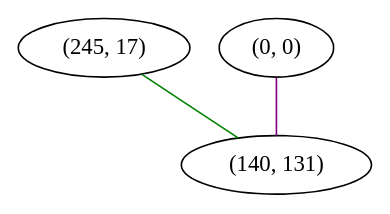
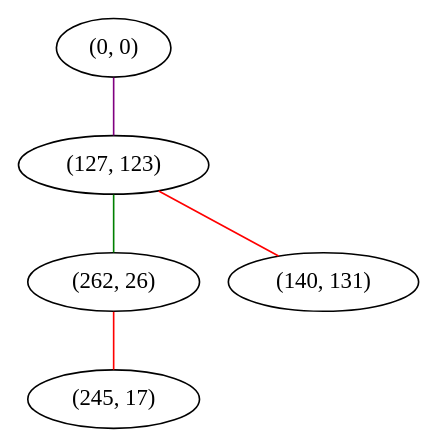
The diagram in graphviz/dejavu-sans/s.gv (FelixMcFelix/sip-for-cv-paper), drawn with Graphviz before and after one commit. The commit also changed 121 other files, not shown here.

First line of the commit message:
[MakeGraph] Better Graph Generation

```diff
--- a/graphviz/dejavu-sans/s.gv
+++ b/graphviz/dejavu-sans/s.gv
@@ -1,7 +1,11 @@
 graph "" {
+"(0, 0)";
+"(127, 123)";
+"(262, 26)";
+"(140, 131)";
 "(245, 17)";
-"(0, 0)";
-"(140, 131)";
-"(245, 17)" -- "(140, 131)"  [color=green, key=0, weight=2];
-"(0, 0)" -- "(140, 131)"  [color=purple, key=0, weight=4];
+"(0, 0)" -- "(127, 123)"  [color=purple, key=0, weight=4];
+"(127, 123)" -- "(262, 26)"  [color=green, key=0, weight=2];
+"(127, 123)" -- "(140, 131)"  [color=red, key=0, weight=1];
+"(262, 26)" -- "(245, 17)"  [color=red, key=0, weight=1];
 }
```
